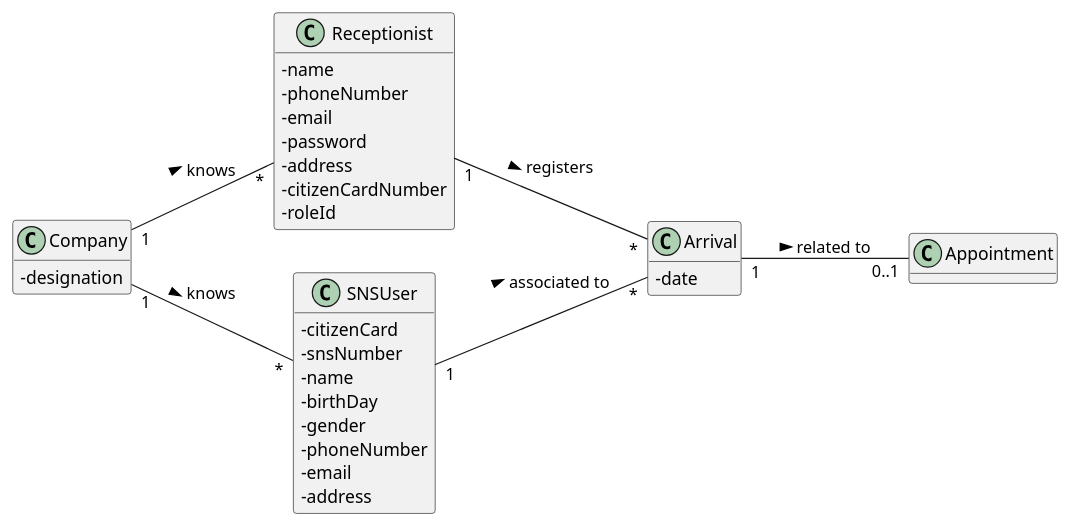
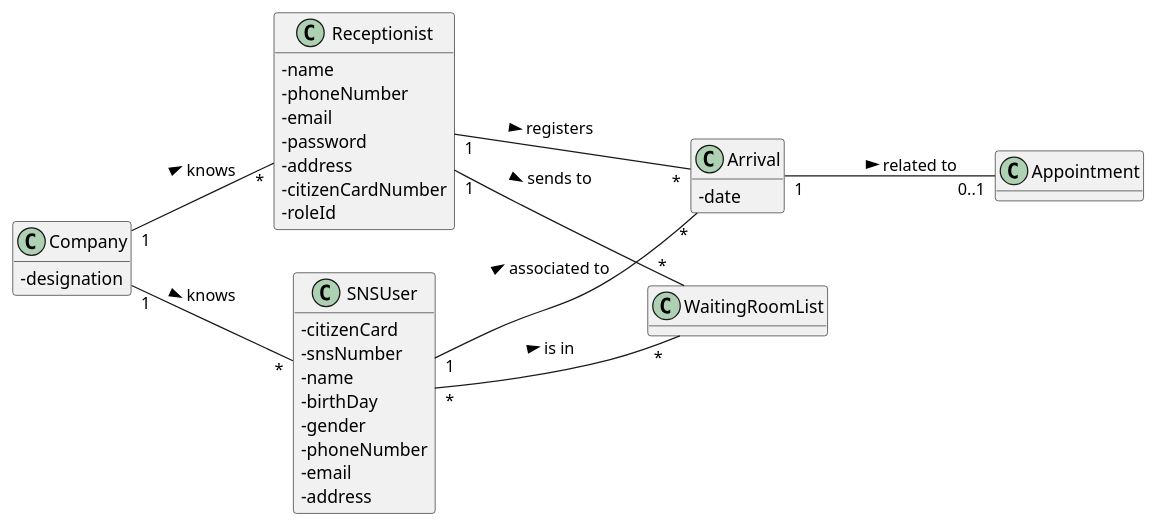
The diagram in docs/SprintC/US04/DM/US04_MD.puml (miseEnPlace-i/lapr2), drawn with PlantUML before and after one commit. The commit also changed 1 other file, not shown here.

```diff
--- a/docs/SprintC/US04/DM/US04_MD.puml
+++ b/docs/SprintC/US04/DM/US04_MD.puml
@@ -1,43 +1,47 @@
 @startuml US04_DM
 hide methods
 left to right direction
 skinparam classAttributeIconSize 0
 
 class Receptionist {
   - name
   - phoneNumber
   - email
   - password
   - address
   - citizenCardNumber
   - roleId
 }
 
 class Arrival {
   - date
 }
 
 class Appointment {}
 
 class SNSUser {
   - citizenCard
   - snsNumber
   - name
   - birthDay
   - gender
   - phoneNumber
   - email
   - address
 }
 
 class Company {
   - designation
 }
 
+class WaitingRoomList {}
+
 Arrival "1" -- "0..1" Appointment : related to >
 Company "1" -- "*" Receptionist : knows >
 Company "1" -- "*" SNSUser : knows >
 Receptionist "1" -- "*" Arrival : registers >
+Receptionist "1" -- "*" WaitingRoomList : sends to >
+SNSUser "*" -- "*" WaitingRoomList : is in >
 SNSUser "1" -- "*" Arrival : associated to >
 
 @enduml
```
